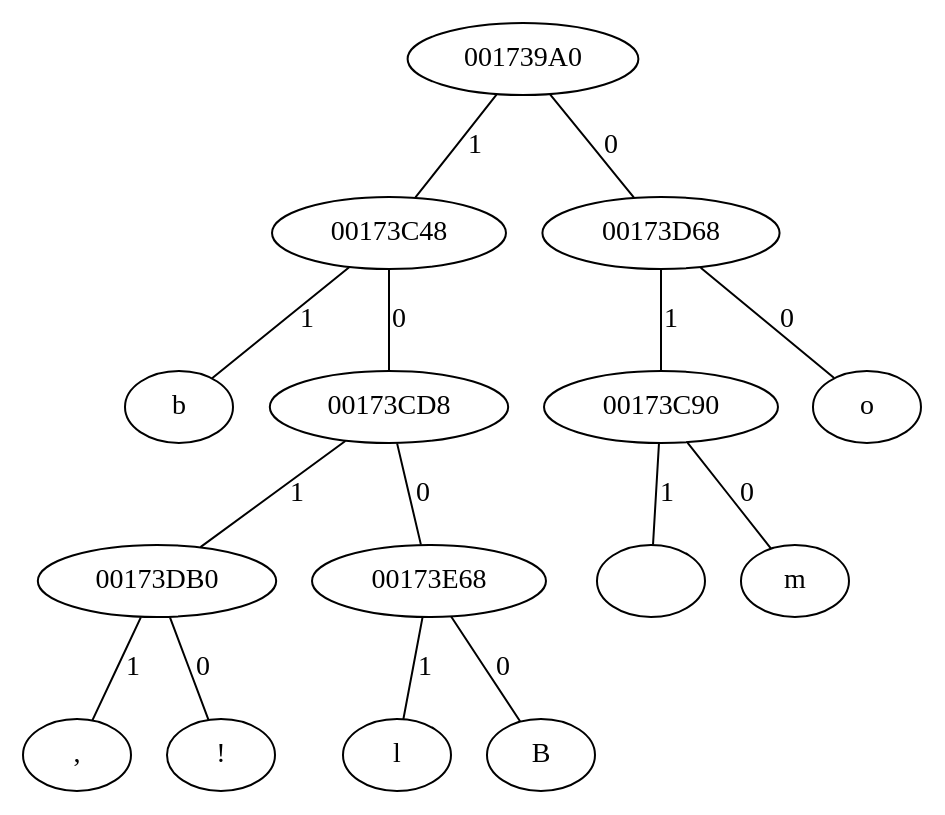
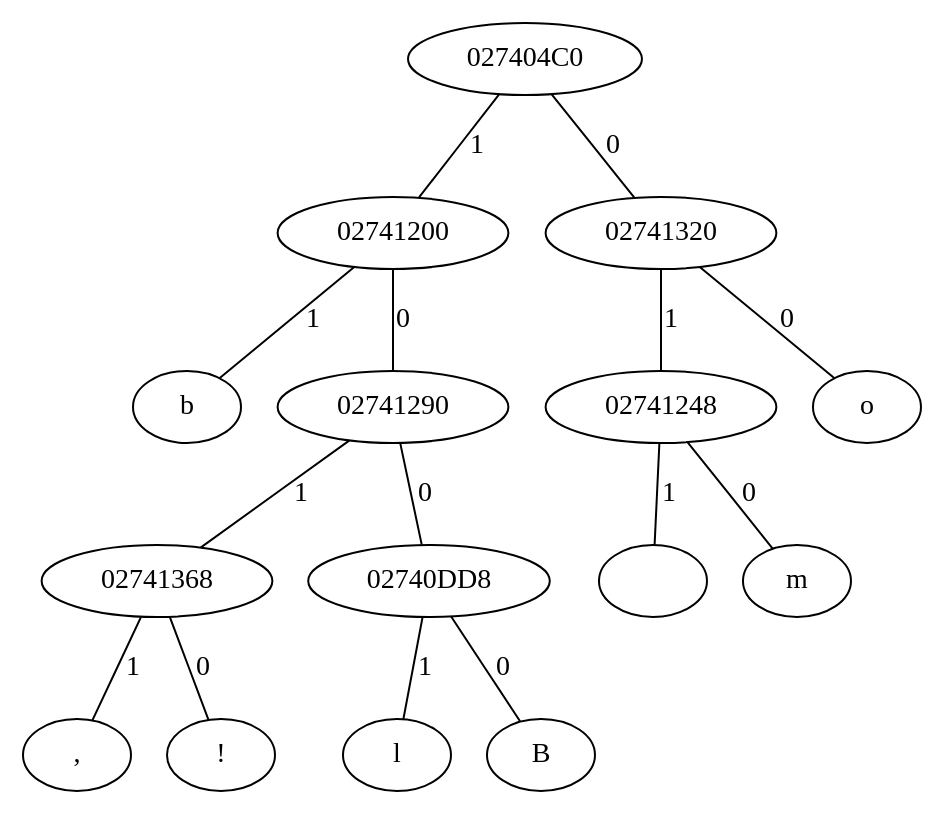
The diagram in tree.dot (jadedlopes/Huffman), drawn with Graphviz before and after one commit. The commit also changed 2 other files, not shown here.

```diff
--- a/tree.dot
+++ b/tree.dot
@@ -1,16 +1,16 @@
 graph {
-	"001739A0" -- "00173C48" [label= 1];
-	"001739A0" -- "00173D68" [label= 0];
-	"00173D68" -- "00173C90" [label= 1];
-	"00173D68" -- "o" [label= 0];
-	"00173C90" -- " " [label= 1];
-	"00173C90" -- "m" [label= 0];
-	"00173C48" -- "b" [label= 1];
-	"00173C48" -- "00173CD8" [label= 0];
-	"00173CD8" -- "00173DB0" [label= 1];
-	"00173CD8" -- "00173E68" [label= 0];
-	"00173E68" -- "l" [label= 1];
-	"00173E68" -- "B" [label= 0];
-	"00173DB0" -- "," [label= 1];
-	"00173DB0" -- "!" [label= 0];
+	"027404C0" -- "02741200" [label= 1];
+	"027404C0" -- "02741320" [label= 0];
+	"02741320" -- "02741248" [label= 1];
+	"02741320" -- "o" [label= 0];
+	"02741248" -- " " [label= 1];
+	"02741248" -- "m" [label= 0];
+	"02741200" -- "b" [label= 1];
+	"02741200" -- "02741290" [label= 0];
+	"02741290" -- "02741368" [label= 1];
+	"02741290" -- "02740DD8" [label= 0];
+	"02740DD8" -- "l" [label= 1];
+	"02740DD8" -- "B" [label= 0];
+	"02741368" -- "," [label= 1];
+	"02741368" -- "!" [label= 0];
 }
```
